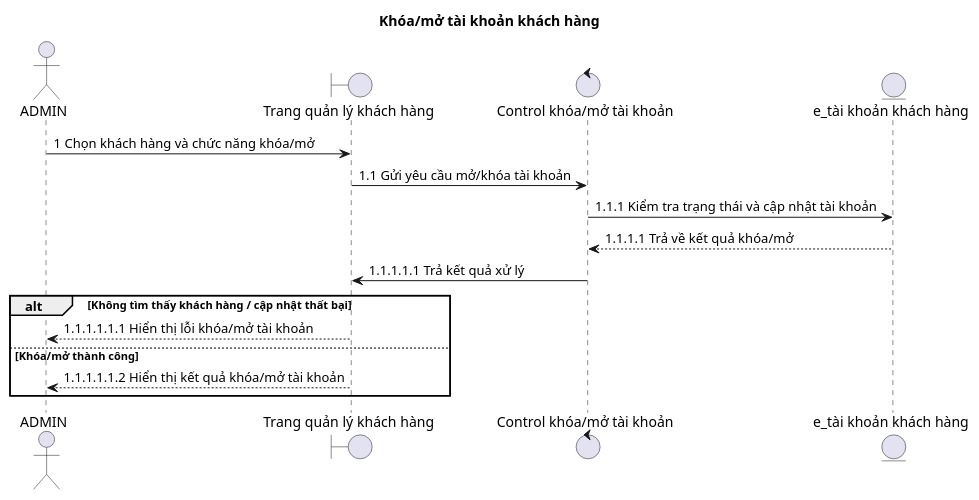
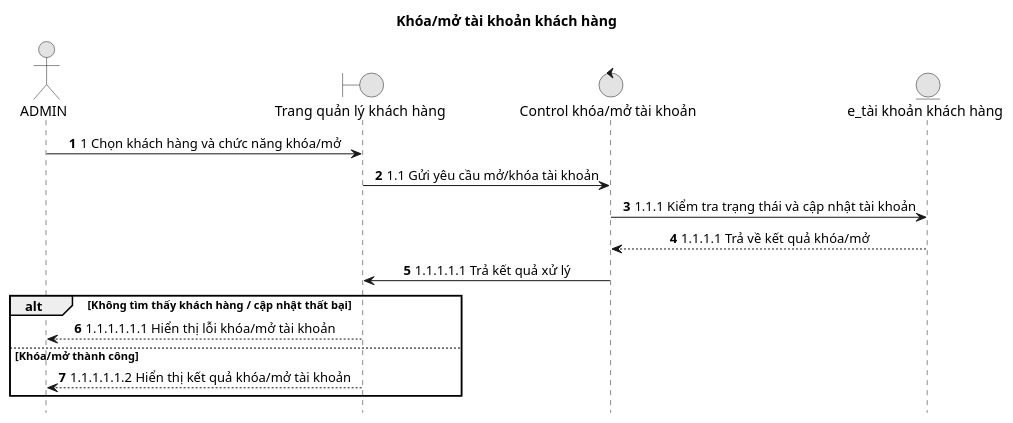
One commit to duygri/do-an-htttdn-crm changed the diagram in docs/diagrams/admin/sequence/plantuml/04-lock-unlock-account.puml. Above: the diagram before and after it, drawn with PlantUML. The commit also changed 66 other files, not shown here.

Commit message:
docs: standardize customer and admin diagrams

```diff
--- a/docs/diagrams/admin/sequence/plantuml/04-lock-unlock-account.puml
+++ b/docs/diagrams/admin/sequence/plantuml/04-lock-unlock-account.puml
@@ -1,20 +1,25 @@
 @startuml
 title Khóa/mở tài khoản khách hàng
 
+autonumber
+hide footbox
+skinparam monochrome true
+skinparam sequenceMessageAlign center
+skinparam responseMessageBelowArrow true
 actor ADMIN as Admin
 boundary "Trang quản lý khách hàng" as Boundary
 control "Control khóa/mở tài khoản" as Control
 entity "e_tài khoản khách hàng" as Entity
 
 Admin -> Boundary: 1 Chọn khách hàng và chức năng khóa/mở
 Boundary -> Control: 1.1 Gửi yêu cầu mở/khóa tài khoản
 Control -> Entity: 1.1.1 Kiểm tra trạng thái và cập nhật tài khoản
 Entity --> Control: 1.1.1.1 Trả về kết quả khóa/mở
 Control -> Boundary: 1.1.1.1.1 Trả kết quả xử lý
 
 alt Không tìm thấy khách hàng / cập nhật thất bại
   Boundary --> Admin: 1.1.1.1.1.1 Hiển thị lỗi khóa/mở tài khoản
 else Khóa/mở thành công
   Boundary --> Admin: 1.1.1.1.1.2 Hiển thị kết quả khóa/mở tài khoản
 end
 @enduml
```
